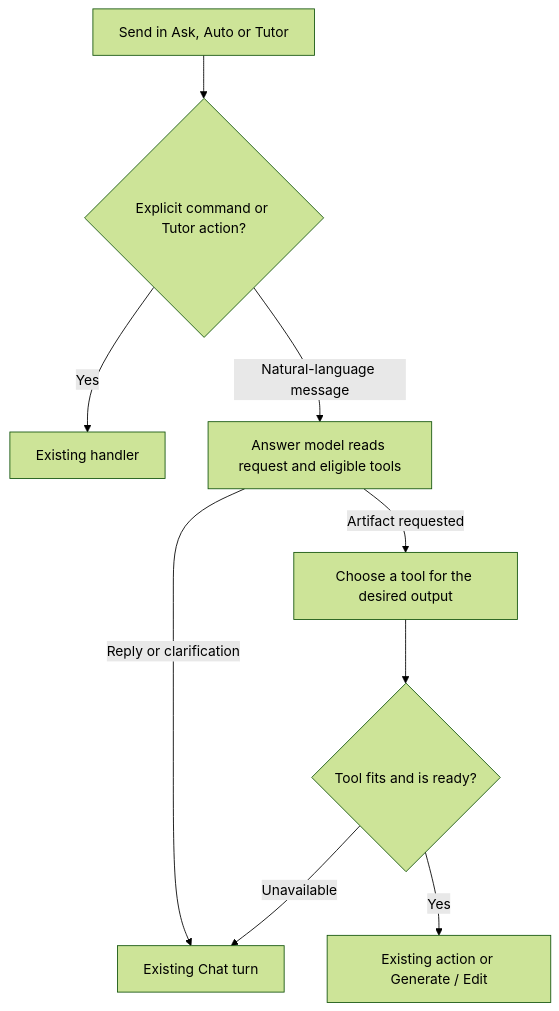
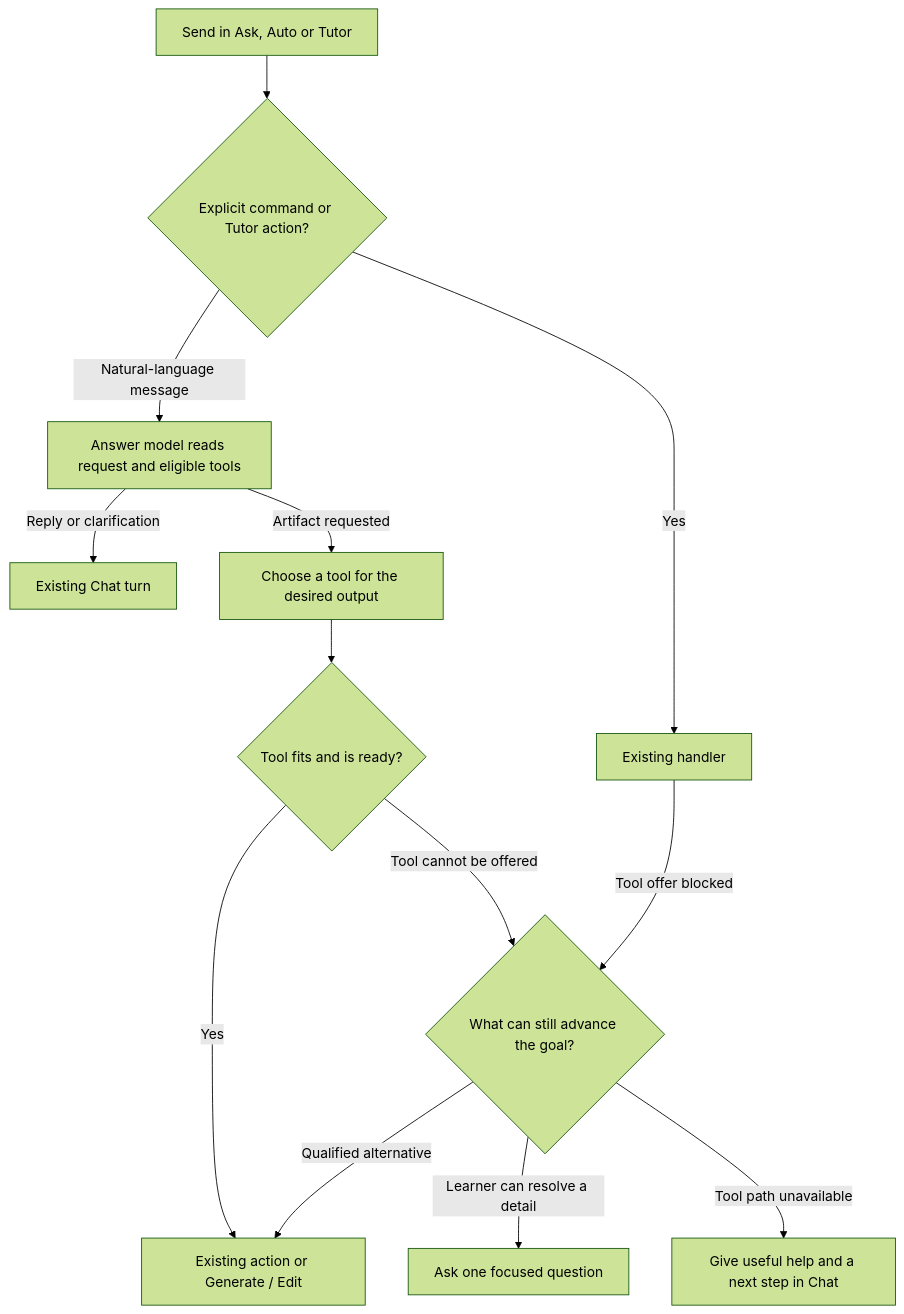
Before and after one commit to Rabbit-Hole-App/Rabbit-Hole: the first of 2 diagrams in docs/features/explain-on-canvas/handoff/tutor-roadmap-v1.4.md, drawn with Mermaid (forest theme). The commit also changed other lines of this file and 1 other file, not shown here.

Commit message:
Specify recovery for unavailable Tutor tools

````diff
--- a/docs/features/explain-on-canvas/handoff/tutor-roadmap-v1.4.md
+++ b/docs/features/explain-on-canvas/handoff/tutor-roadmap-v1.4.md
@@ -394,11 +402,15 @@
 ```mermaid
 flowchart TD
     Send["Send in Ask, Auto or Tutor"] --> Kind{"Explicit command or Tutor action?"}
     Kind -->|"Yes"| Existing["Existing handler"]
     Kind -->|"Natural-language message"| Reply["Answer model reads request and eligible tools"]
     Reply -->|"Reply or clarification"| Chat["Existing Chat turn"]
     Reply -->|"Artifact requested"| Fit["Choose a tool for the desired output"]
     Fit --> Check{"Tool fits and is ready?"}
     Check -->|"Yes"| Review["Existing action or Generate / Edit"]
-    Check -->|"Unavailable"| Chat
+    Check -->|"Tool cannot be offered"| Recover{"What can still advance the goal?"}
+    Existing -->|"Tool offer blocked"| Recover
+    Recover -->|"Qualified alternative"| Review
+    Recover -->|"Learner can resolve a detail"| Clarify["Ask one focused question"]
+    Recover -->|"Tool path unavailable"| Help["Give useful help and a next step in Chat"]
 ```
````
